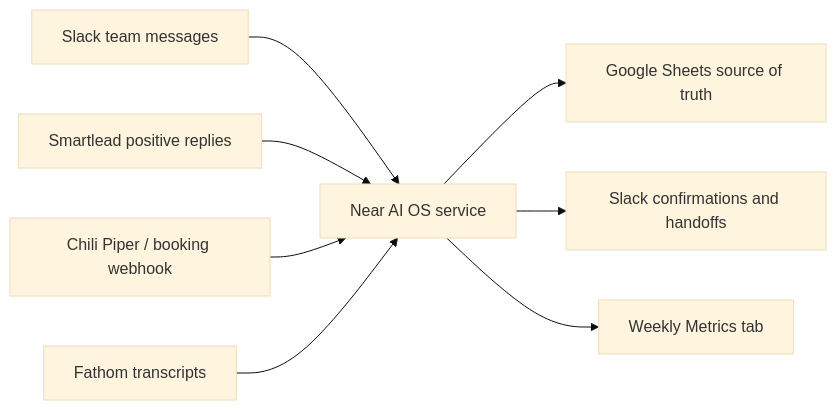
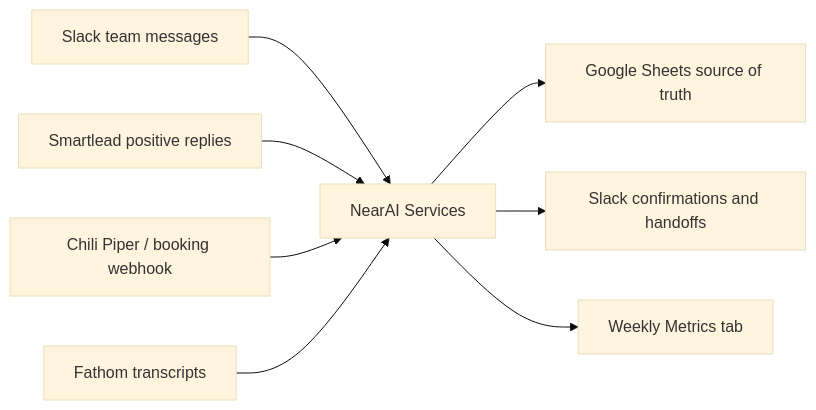
Before and after one commit to francoeffec/near-ai-services-os: the diagram in docs/ARCHITECTURE.md, drawn with Mermaid (base theme). The commit also changed other lines of this file, not shown here.

Commit message:
Update architecture docs for NearAI Services

````diff
--- a/docs/ARCHITECTURE.md
+++ b/docs/ARCHITECTURE.md
@@ -42,10 +42,10 @@
 ```mermaid
 flowchart LR
-  Slack["Slack team messages"] --> Service["Near AI OS service"]
+  Slack["Slack team messages"] --> Service["NearAI Services"]
   Smartlead["Smartlead positive replies"] --> Service
   Chili["Chili Piper / booking webhook"] --> Service
   Fathom["Fathom transcripts"] --> Service
   Service --> Sheets["Google Sheets source of truth"]
   Service --> SlackPosts["Slack confirmations and handoffs"]
   Service --> Metrics["Weekly Metrics tab"]
 ```
````
